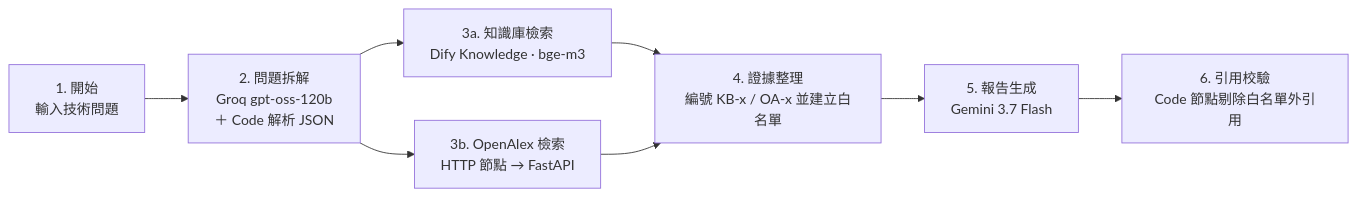
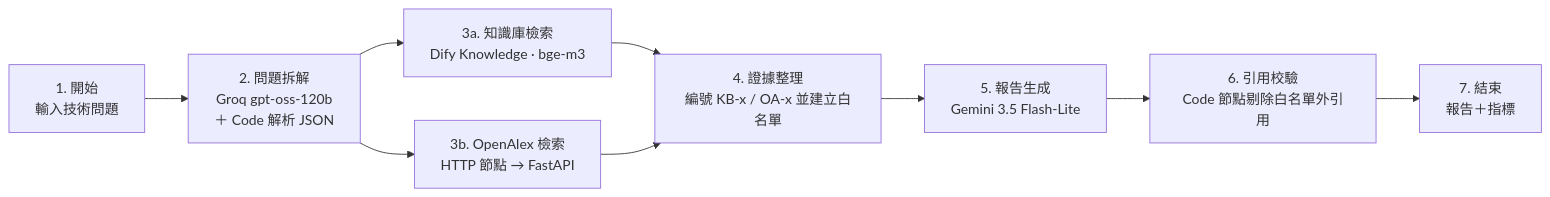
The diagram in README.md (ck-x-x/citeguard-energy), drawn with Mermaid before and after one commit. The commit also changed other lines of this file, not shown here.

````diff
--- a/README.md
+++ b/README.md
@@ -15,10 +53,10 @@
 ```mermaid
 flowchart LR
     A[1. 開始<br/>輸入技術問題] --> B[2. 問題拆解<br/>Groq gpt-oss-120b<br/>＋ Code 解析 JSON]
     B --> C[3a. 知識庫檢索<br/>Dify Knowledge · bge-m3]
     B --> D[3b. OpenAlex 檢索<br/>HTTP 節點 → FastAPI]
     C --> E[4. 證據整理<br/>編號 KB-x / OA-x 並建立白名單]
     D --> E
-    E --> F[5. 報告生成<br/>Gemini 3.7 Flash]
-    F --> G[6. 引用校驗<br/>Code 節點剔除白名單外引用]
+    E --> F[5. 報告生成<br/>Gemini 3.5 Flash-Lite]
+    F --> G[6. 引用校驗<br/>Code 節點剔除白名單外引用] --> H[7. 結束<br/>報告＋指標]
 ```
````
